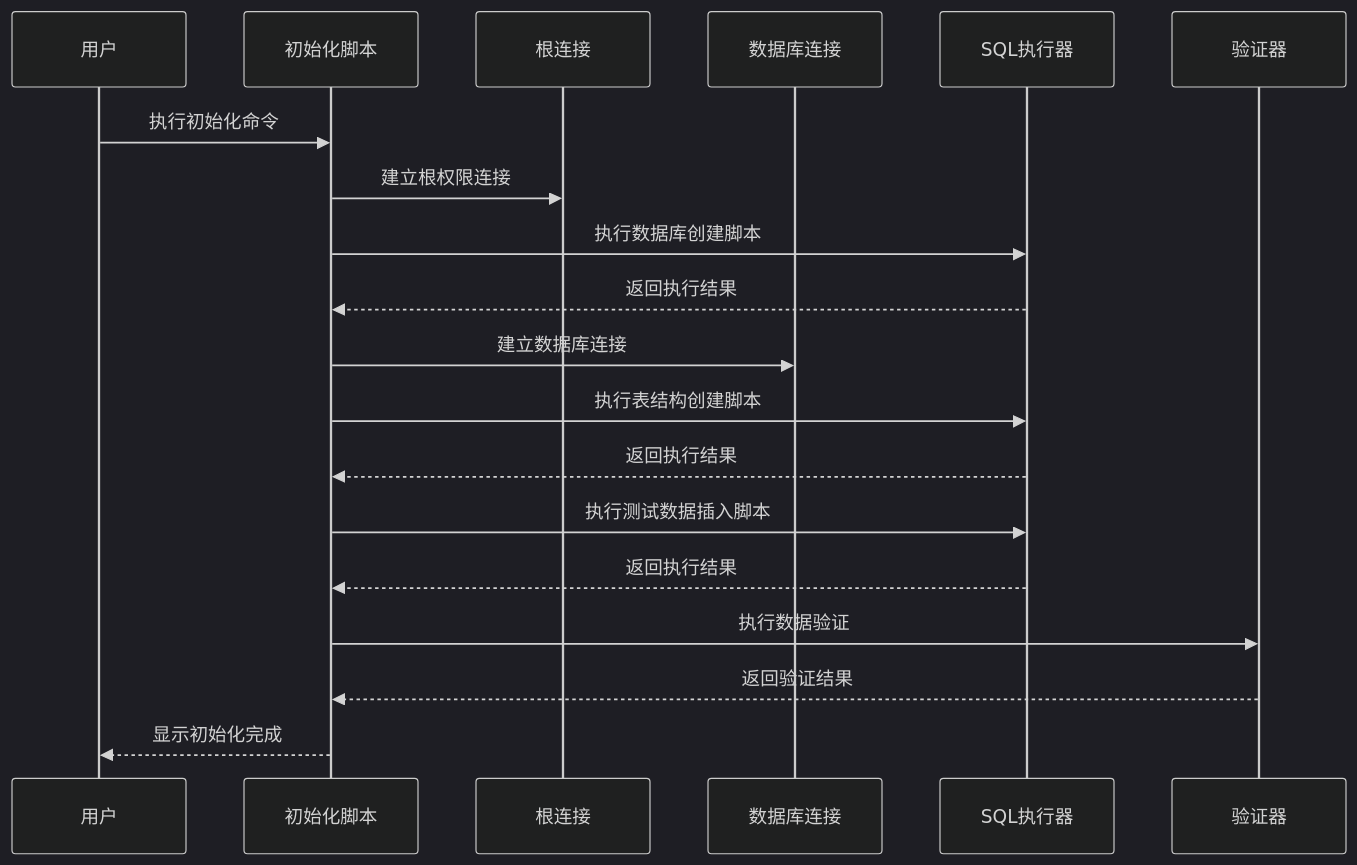
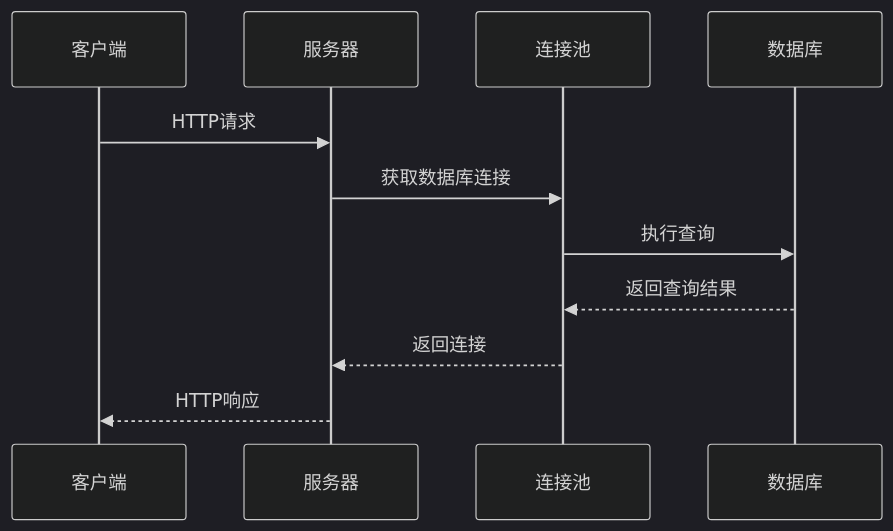
The fourth of 9 diagrams in .qoder/repowiki/zh/content/项目概述.md (lane6008/fileTest), drawn with Mermaid (dark theme) before and after one commit. The commit also changed other lines of this file and 2 other files, not shown here.

````diff
--- a/.qoder/repowiki/zh/content/项目概述.md
+++ b/.qoder/repowiki/zh/content/项目概述.md
@@ -221,21 +248,13 @@
 ```mermaid
 sequenceDiagram
-participant User as 用户
-participant Script as 初始化脚本
-participant RootConn as 根连接
-participant DBConn as 数据库连接
-participant SQLExec as SQL执行器
-participant Validator as 验证器
-User->>Script : 执行初始化命令
-Script->>RootConn : 建立根权限连接
-Script->>SQLExec : 执行数据库创建脚本
-SQLExec-->>Script : 返回执行结果
-Script->>DBConn : 建立数据库连接
-Script->>SQLExec : 执行表结构创建脚本
-SQLExec-->>Script : 返回执行结果
-Script->>SQLExec : 执行测试数据插入脚本
-SQLExec-->>Script : 返回执行结果
-Script->>Validator : 执行数据验证
-Validator-->>Script : 返回验证结果
-Script-->>User : 显示初始化完成
+participant Client as 客户端
+participant Server as 服务器
+participant Pool as 连接池
+participant DB as 数据库
+Client->>Server : HTTP请求
+Server->>Pool : 获取数据库连接
+Pool->>DB : 执行查询
+DB-->>Pool : 返回查询结果
+Pool-->>Server : 返回连接
+Server-->>Client : HTTP响应
 ```
````
